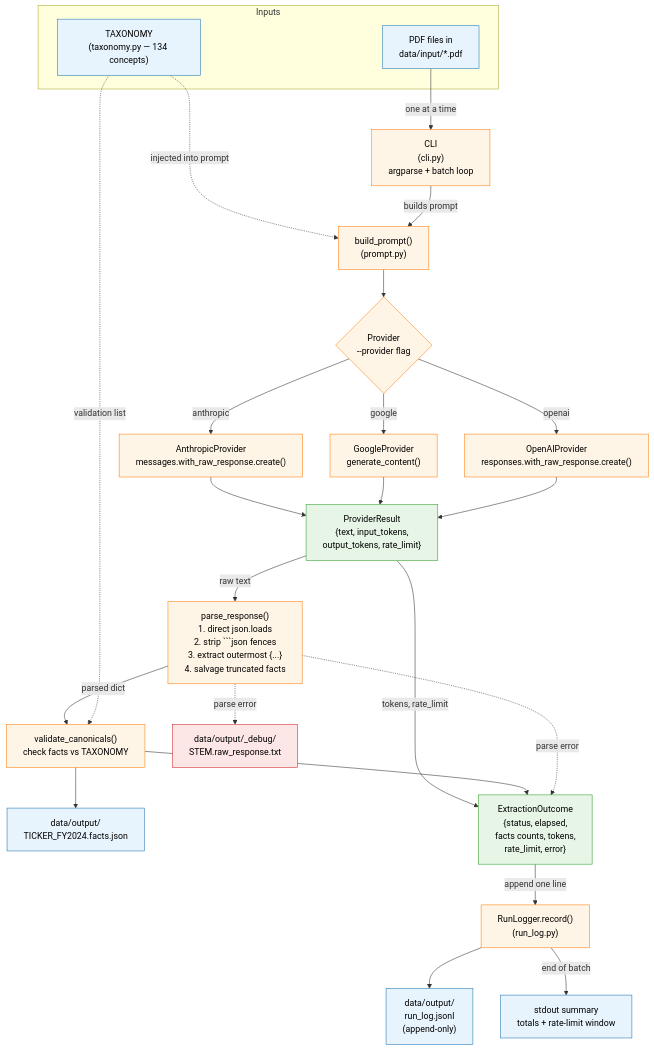
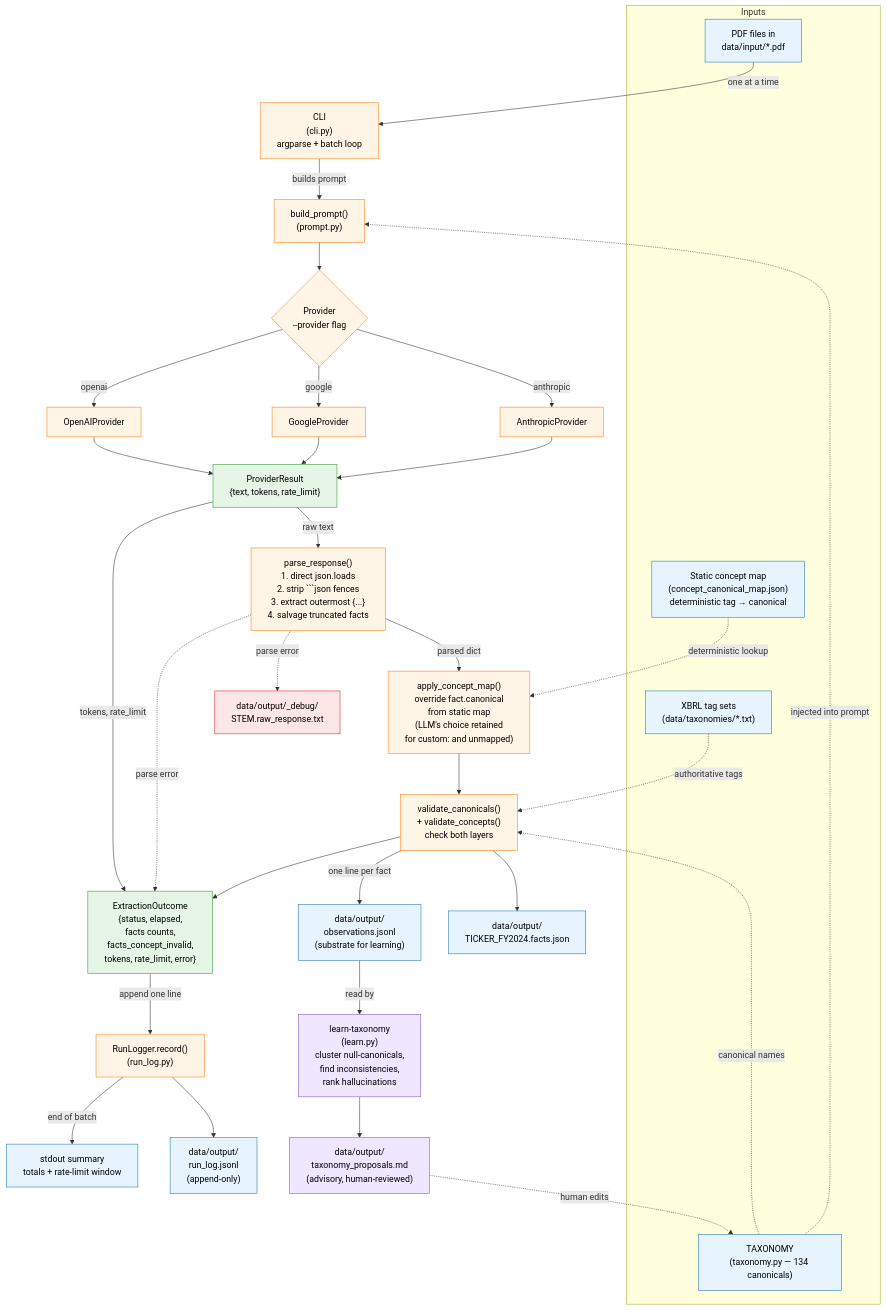
Before and after one commit to Victorlcdata/pdf-extraction: the diagram in README.md, drawn with Mermaid. The commit also changed other lines of this file and 32 other files, not shown here.

First line of the commit message:
feat: Enhance PDF extraction and taxonomy learning

````diff
--- a/README.md
+++ b/README.md
@@ -39,48 +204,62 @@
 ```mermaid
 flowchart TB
     subgraph Inputs
         PDFs["PDF files in<br/>data/input/*.pdf"]
-        Tax["TAXONOMY<br/>(taxonomy.py — 134 concepts)"]
+        Tax["TAXONOMY<br/>(taxonomy.py — 134 canonicals)"]
+        XBRL["XBRL tag sets<br/>(data/taxonomies/*.txt)"]
+        CMap["Static concept map<br/>(concept_canonical_map.json)<br/>deterministic tag → canonical"]
     end
 
     PDFs -->|one at a time| CLI["CLI<br/>(cli.py)<br/>argparse + batch loop"]
     Tax -.injected into prompt.-> Prompt
 
     CLI -->|builds prompt| Prompt["build_prompt()<br/>(prompt.py)"]
     Prompt --> Provider{"Provider<br/>--provider flag"}
 
-    Provider -->|anthropic| Anthropic["AnthropicProvider<br/>messages.with_raw_response.create()"]
-    Provider -->|google| Google["GoogleProvider<br/>generate_content()"]
-    Provider -->|openai| OpenAI["OpenAIProvider<br/>responses.with_raw_response.create()"]
+    Provider -->|anthropic| Anthropic["AnthropicProvider"]
+    Provider -->|google| Google["GoogleProvider"]
+    Provider -->|openai| OpenAI["OpenAIProvider"]
 
-    Anthropic --> Result["ProviderResult<br/>{text, input_tokens,<br/>output_tokens, rate_limit}"]
+    Anthropic --> Result["ProviderResult<br/>{text, tokens, rate_limit}"]
     Google --> Result
     OpenAI --> Result
 
     Result -->|raw text| Parser["parse_response()<br/>1. direct json.loads<br/>2. strip ```json fences<br/>3. extract outermost {...}<br/>4. salvage truncated facts"]
 
-    Parser -->|parsed dict| Validator["validate_canonicals()<br/>check facts vs TAXONOMY"]
-    Tax -.validation list.-> Validator
+    Parser -->|parsed dict| MapApply["apply_concept_map()<br/>override fact.canonical<br/>from static map<br/>(LLM's choice retained<br/>for custom: and unmapped)"]
+    CMap -.deterministic lookup.-> MapApply
+
+    MapApply --> Validator["validate_canonicals()<br/>+ validate_concepts()<br/>check both layers"]
+    Tax -.canonical names.-> Validator
+    XBRL -.authoritative tags.-> Validator
 
     Validator --> JSON["data/output/<br/>TICKER_FY2024.facts.json"]
+    Validator -->|one line per fact| Obs["data/output/<br/>observations.jsonl<br/>(substrate for learning)"]
 
-    Result -->|tokens, rate_limit| Outcome["ExtractionOutcome<br/>{status, elapsed,<br/>facts counts, tokens,<br/>rate_limit, error}"]
+    Result -->|tokens, rate_limit| Outcome["ExtractionOutcome<br/>{status, elapsed,<br/>facts counts,<br/>facts_concept_invalid,<br/>tokens, rate_limit, error}"]
     Validator --> Outcome
     Parser -.parse error.-> Debug["data/output/_debug/<br/>STEM.raw_response.txt"]
     Parser -.parse error.-> Outcome
 
     Outcome -->|append one line| Logger["RunLogger.record()<br/>(run_log.py)"]
     Logger --> RunLog["data/output/<br/>run_log.jsonl<br/>(append-only)"]
 
     Logger -->|end of batch| Summary["stdout summary<br/>totals + rate-limit window"]
 
+    %% ── LEARNING LOOP (offline, run periodically) ──────────────────────────
+    Obs -->|read by| Learn["learn-taxonomy<br/>(learn.py)<br/>cluster null-canonicals,<br/>find inconsistencies,<br/>rank hallucinations"]
+    Learn --> Proposals["data/output/<br/>taxonomy_proposals.md<br/>(advisory, human-reviewed)"]
+    Proposals -.human edits.-> Tax
+
     classDef io fill:#e8f4fd,stroke:#1f77b4,stroke-width:1px,color:#000
     classDef code fill:#fff5e6,stroke:#ff7f0e,stroke-width:1px,color:#000
     classDef out fill:#e6f5e6,stroke:#2ca02c,stroke-width:1px,color:#000
     classDef err fill:#fde6e6,stroke:#d62728,stroke-width:1px,color:#000
+    classDef learn fill:#f0e6ff,stroke:#7e57c2,stroke-width:1px,color:#000
 
-    class PDFs,Tax,JSON,RunLog,Summary,Debug io
-    class CLI,Prompt,Provider,Anthropic,Google,OpenAI,Parser,Validator,Logger code
+    class PDFs,Tax,XBRL,CMap,JSON,RunLog,Summary,Debug,Obs io
+    class CLI,Prompt,Provider,Anthropic,Google,OpenAI,Parser,MapApply,Validator,Logger code
     class Result,Outcome out
     class Debug err
+    class Learn,Proposals learn
 ```
````
